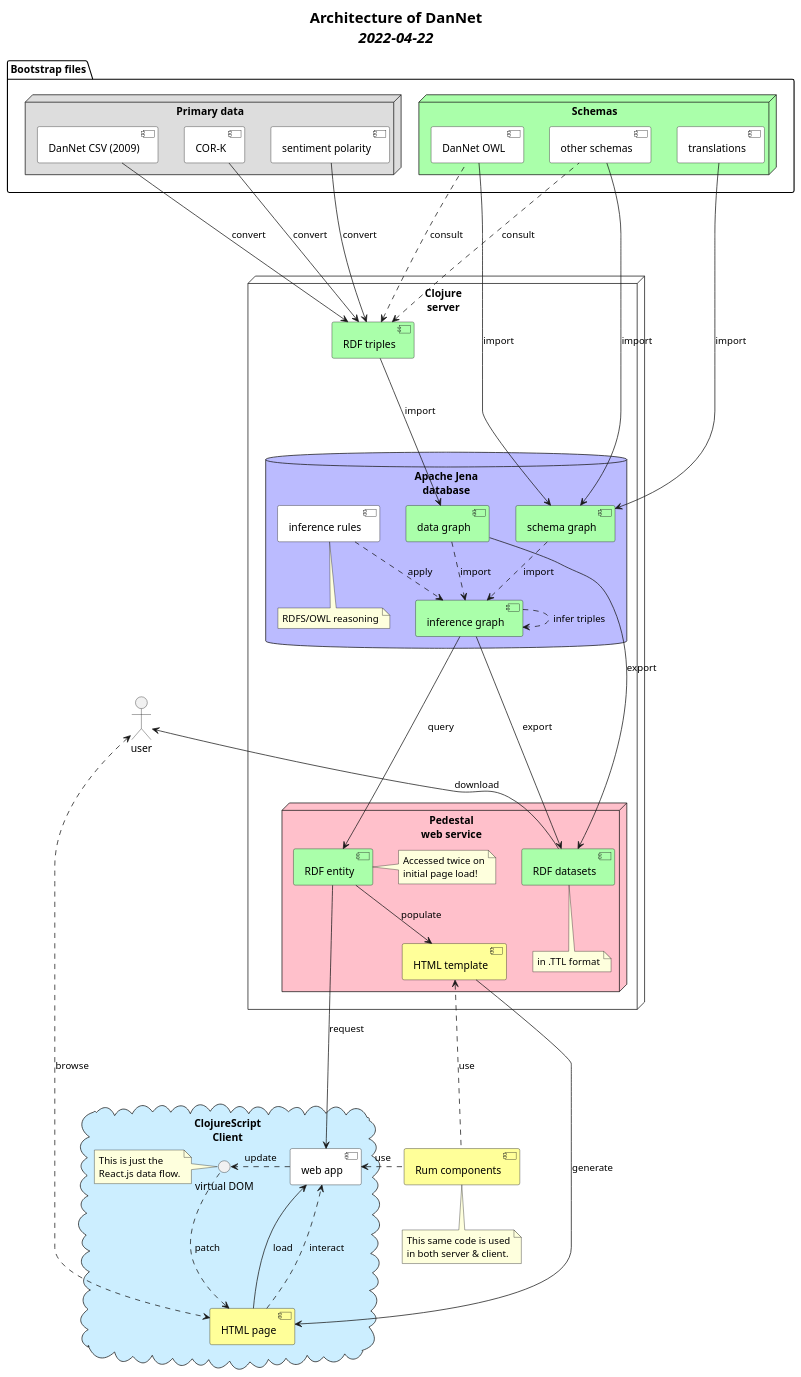
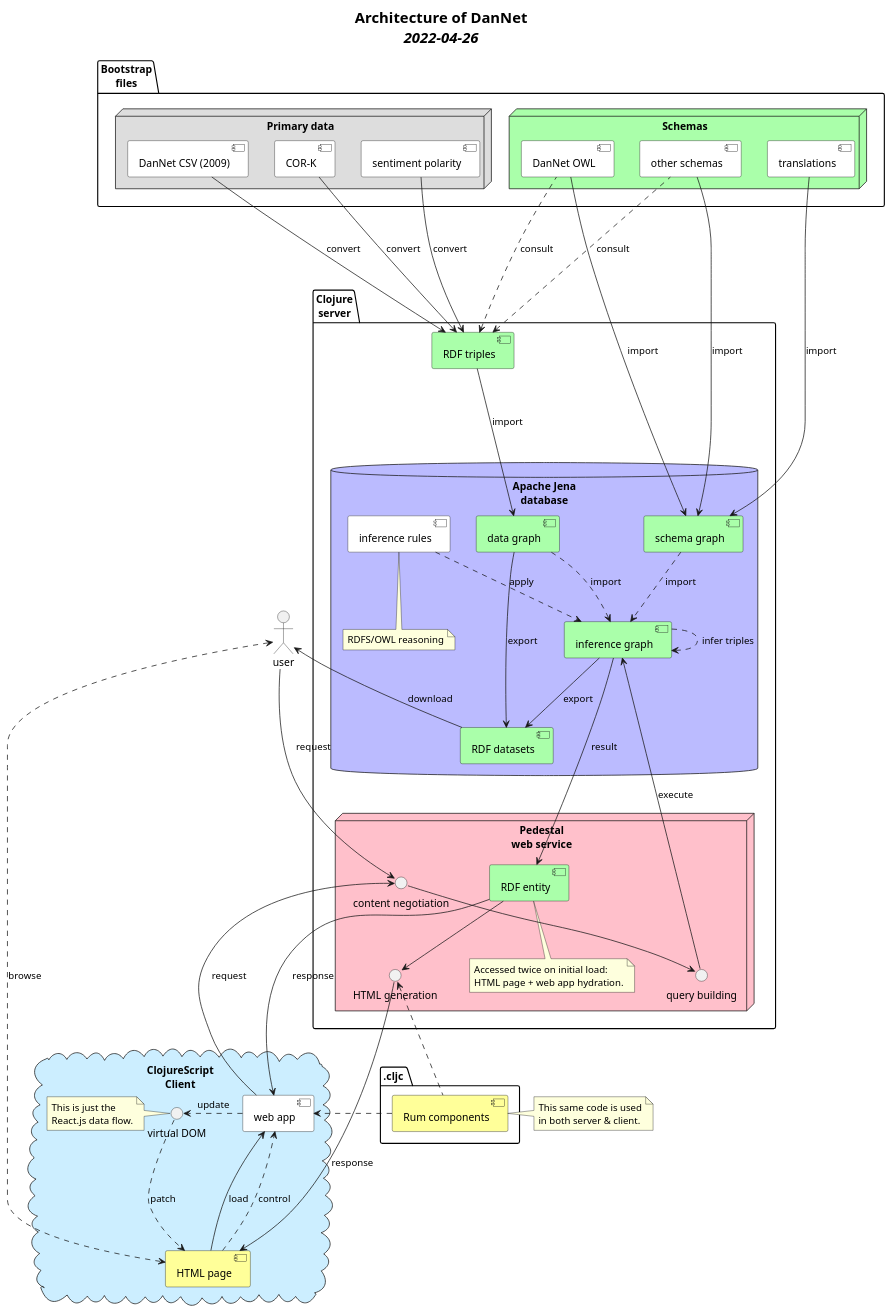
One commit to kuhumcst/DanNet changed the diagram in doc/architecture.puml. Above: the diagram before and after it, drawn with PlantUML. The commit also changed 2 other files, not shown here.

Commit message:
updated architecture diagram

```diff
--- a/doc/architecture.puml
+++ b/doc/architecture.puml
@@ -1,108 +1,112 @@
 @startuml
 'https://plantuml.com/component-diagram
 
 skinparam titleFontsize 20
-title Architecture of DanNet\n<i>2022-04-22</i>
+title Architecture of DanNet\n<i>2022-04-26</i>
 
-folder "Bootstrap files" {
+folder "Bootstrap\nfiles" {
     node "Primary data" #DDD {
         [DanNet CSV (2009)] #fff
         [COR-K] #fff
         [sentiment polarity] #fff
     }
     node "Schemas" #AAffAA {
         [DanNet OWL] #fff
         [translations] #fff
         [other schemas] #fff
     }
 }
 
-[Rum components] #FFFF99
+folder ".cljc " {
+    [Rum components] #FFFF99
+}
 
-note bottom of [Rum components]
+note right of [Rum components]
   This same code is used
   in both server & client.
 end note
 
 cloud "ClojureScript\nClient" {
     [HTML page] #FFFF99
 
 }
 
-node "Clojure\nserver" {
+folder "Clojure\nserver" {
     [RDF triples] #AAffAA
 
     [RDF triples] <.. [DanNet OWL] :consult
     [RDF triples] <.. [other schemas] :consult
 
     [COR-K] ---> [RDF triples] :convert
     [DanNet CSV (2009)] ---> [RDF triples] :convert
     [sentiment polarity] ---> [RDF triples] :convert
 
     database "Apache Jena\ndatabase" #BBBBff {
         [data graph] #AAffAA
         [schema graph] #AAffAA
         [inference graph] #AAffAA
         [inference rules] #fff
+        [RDF datasets] #AAffAA
 
         note bottom of [inference rules]
           RDFS/OWL reasoning
         end note
 
         [RDF triples] ---> [data graph] :import
         [DanNet OWL] ---> [schema graph] :import
         [translations] ---> [schema graph] :import
         [other schemas] ---> [schema graph] :import
         [inference rules] ..> [inference graph] :apply
         [inference graph] ..> [inference graph] :infer triples
         [data graph] ..> [inference graph] :import
         [schema graph]..> [inference graph] :import
     }
 
     node "Pedestal\nweb service" #pink {
         [RDF entity] #AAffAA
-        [HTML template] #FFFF99
-        [RDF datasets] #AAffAA
+        interface "HTML generation" as htmlgen
+        interface "content negotiation" as conneg
+        interface "query building" as q
 
-        note right of [RDF entity]
-          Accessed twice on
-          initial page load!
-        end note
-
-        note bottom of [RDF datasets]
-         in .TTL format
+        note bottom of [RDF entity]
+          Accessed twice on initial load:
+          HTML page + web app hydration.
         end note
 
         [data graph] --> [RDF datasets] :export
         [inference graph] --> [RDF datasets] :export
 
-        [inference graph] ---> [RDF entity] :query
-        [HTML template] <.. [Rum components] :use
-        [RDF entity] --> [HTML template] :populate
-        [HTML template] ---> [HTML page] :generate
+        conneg --> q
+        q --> [inference graph] :execute
+        [inference graph] ---> [RDF entity] :result
+        htmlgen <.. [Rum components]
+        [RDF entity] --> htmlgen
+        htmlgen ---> [HTML page] :response
     }
 }
 
 cloud "ClojureScript\nClient" #CCEEFF {
     [web app] #fff
     interface "virtual DOM" as VDOM
 
     [HTML page] ---> [web app] :load
-    [HTML page] ...> [web app] :interact
-    [RDF entity] ----> [web app] :request
-    [web app] <. [Rum components] :use
+    [HTML page] ...> [web app] :control
+    [web app] ----> conneg :request
+    [RDF entity] ----> [web app] :response
+    [Rum components] .> [web app]
     [web app] .> VDOM :update
     VDOM ...> [HTML page] :patch
 
     note left of VDOM
      This is just the
      React.js data flow.
     end note
 
 }
 
 "user" as user
 user <..> [HTML page] :browse
 user <-- [RDF datasets] :download
+user ---> conneg :request
 
 @enduml
```
